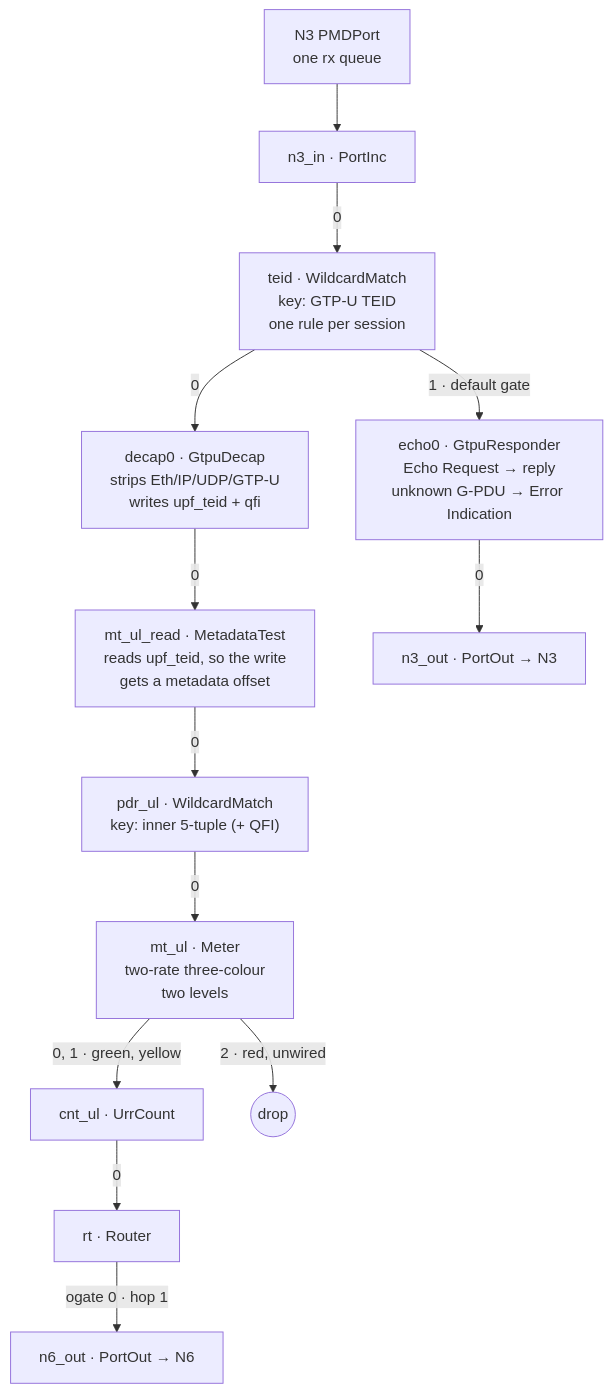
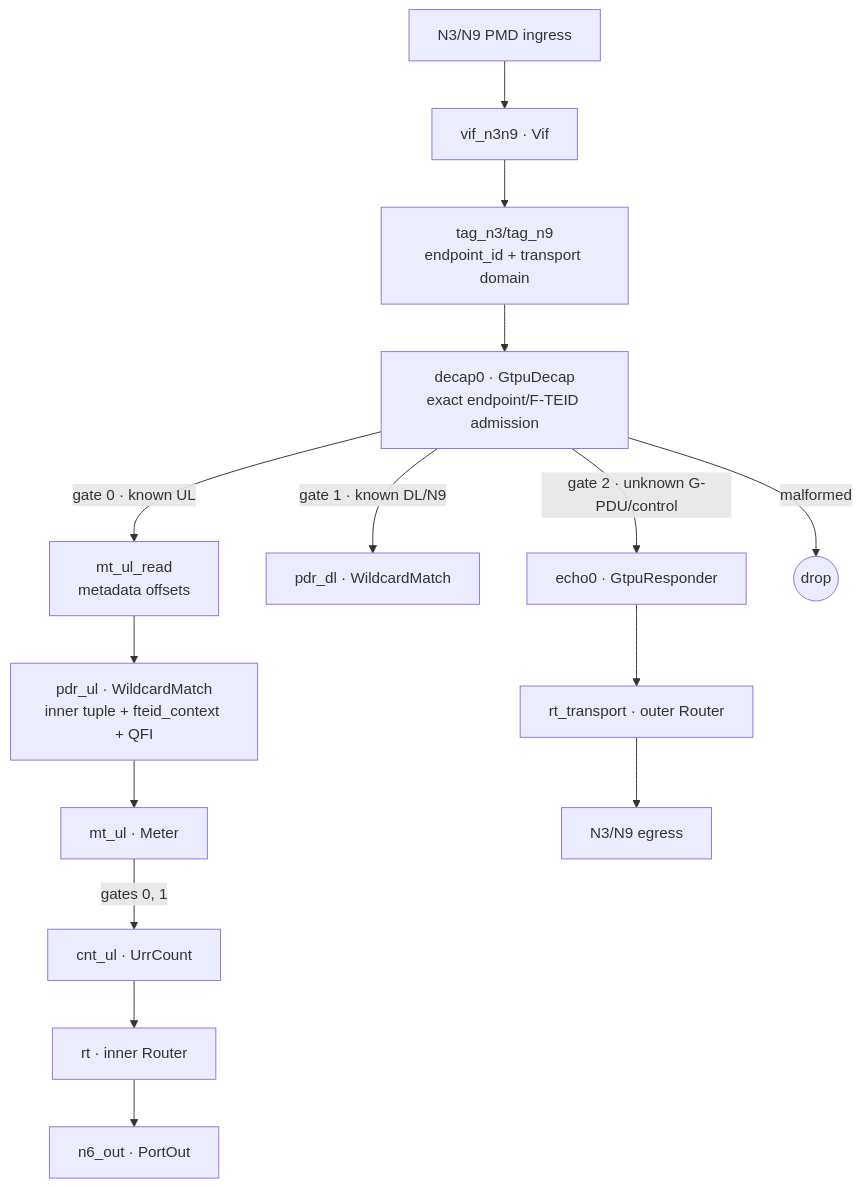
The first of 3 diagrams in docs/datapath.md (krsna1729/upf), drawn with Mermaid before and after one commit. The commit also changed other lines of this file and 11 other files, not shown here.

First line of the commit message:
docs: R16 roles, endpoint-scoped admission, dual-stack routing, claims

````diff
--- a/docs/datapath.md
+++ b/docs/datapath.md
@@ -30,15 +30,17 @@
 ```mermaid
 flowchart TB
-    n3["N3 PMDPort<br/>one rx queue"] --> n3in["n3_in · PortInc"]
-    n3in -->|0| teid["teid · WildcardMatch<br/>key: GTP-U TEID<br/>one rule per session"]
-    teid -->|0| decap["decap0 · GtpuDecap<br/>strips Eth/IP/UDP/GTP-U<br/>writes upf_teid + qfi"]
-    teid -->|"1 · default gate"| echo["echo0 · GtpuResponder<br/>Echo Request → reply<br/>unknown G-PDU → Error Indication"]
-    decap -->|0| mt["mt_ul_read · MetadataTest<br/>reads upf_teid, so the write<br/>gets a metadata offset"]
-    mt -->|0| pdr["pdr_ul · WildcardMatch<br/>key: inner 5-tuple (+ QFI)"]
-    pdr -->|0| meter["mt_ul · Meter<br/>two-rate three-colour<br/>two levels"]
-    meter -->|"0, 1 · green, yellow"| cnt["cnt_ul · UrrCount"]
-    meter -->|"2 · red, unwired"| drop(("drop"))
-    cnt -->|0| rt["rt · Router"]
-    rt -->|"ogate 0 · hop 1"| n6["n6_out · PortOut → N6"]
-    echo -->|0| n3out["n3_out · PortOut → N3"]
+    n3["N3/N9 PMD ingress"] --> vif["vif_n3n9 · Vif"]
+    vif --> tags["tag_n3/tag_n9<br/>endpoint_id + transport domain"]
+    tags --> decap["decap0 · GtpuDecap<br/>exact endpoint/F-TEID admission"]
+    decap -->|"gate 0 · known UL"| metadata["mt_ul_read<br/>metadata offsets"]
+    metadata --> pdrul["pdr_ul · WildcardMatch<br/>inner tuple + fteid_context + QFI"]
+    pdrul --> meter["mt_ul · Meter"]
+    meter -->|"gates 0, 1"| count["cnt_ul · UrrCount"]
+    count --> rt["rt · inner Router"]
+    rt --> n6["n6_out · PortOut"]
+    decap -->|"gate 1 · known DL/N9"| pdrdl["pdr_dl · WildcardMatch"]
+    decap -->|"gate 2 · unknown G-PDU/control"| responder["echo0 · GtpuResponder"]
+    decap -->|"malformed"| drop(("drop"))
+    responder --> transport["rt_transport · outer Router"]
+    transport --> n3out["N3/N9 egress"]
 ```
````
